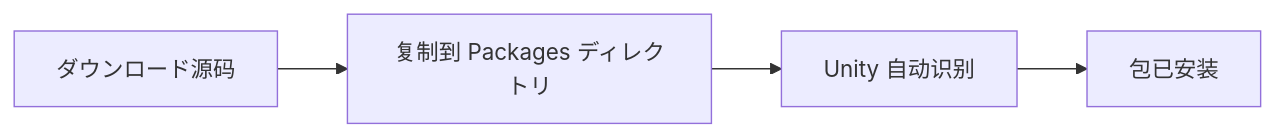
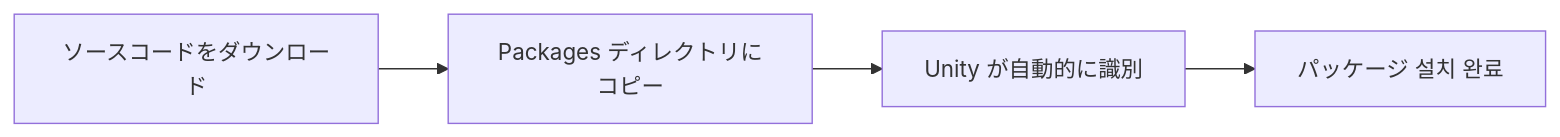
One commit to AlianBlank/GameFrameX.Docs changed the second of 3 diagrams in docs/ja/client/unity/component/localization/02.installation.md. Above: the diagram before and after it, drawn with Mermaid. The commit also changed other lines of this file and 320 other files, not shown here.

````diff
--- a/docs/ja/client/unity/component/localization/02.installation.md
+++ b/docs/ja/client/unity/component/localization/02.installation.md
@@ -87,6 +87,6 @@
 ```mermaid
 flowchart LR
-    A[ダウンロード源码] --> B[复制到 Packages ディレクトリ]
-    B --> C[Unity 自动识别]
-    C --> D[包已安装]
+    A[ソースコードをダウンロード] --> B[Packages ディレクトリにコピー]
+    B --> C[Unity が自動的に識別]
+    C --> D[パッケージ 설치 완료]
 ```
````
